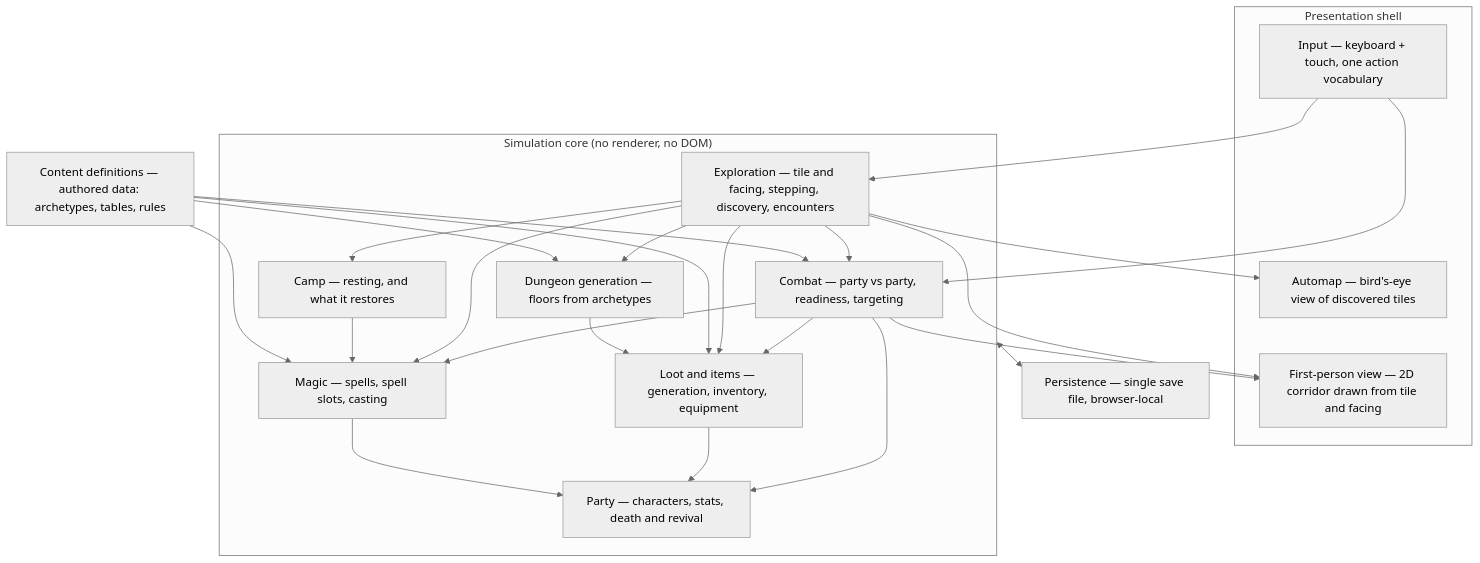
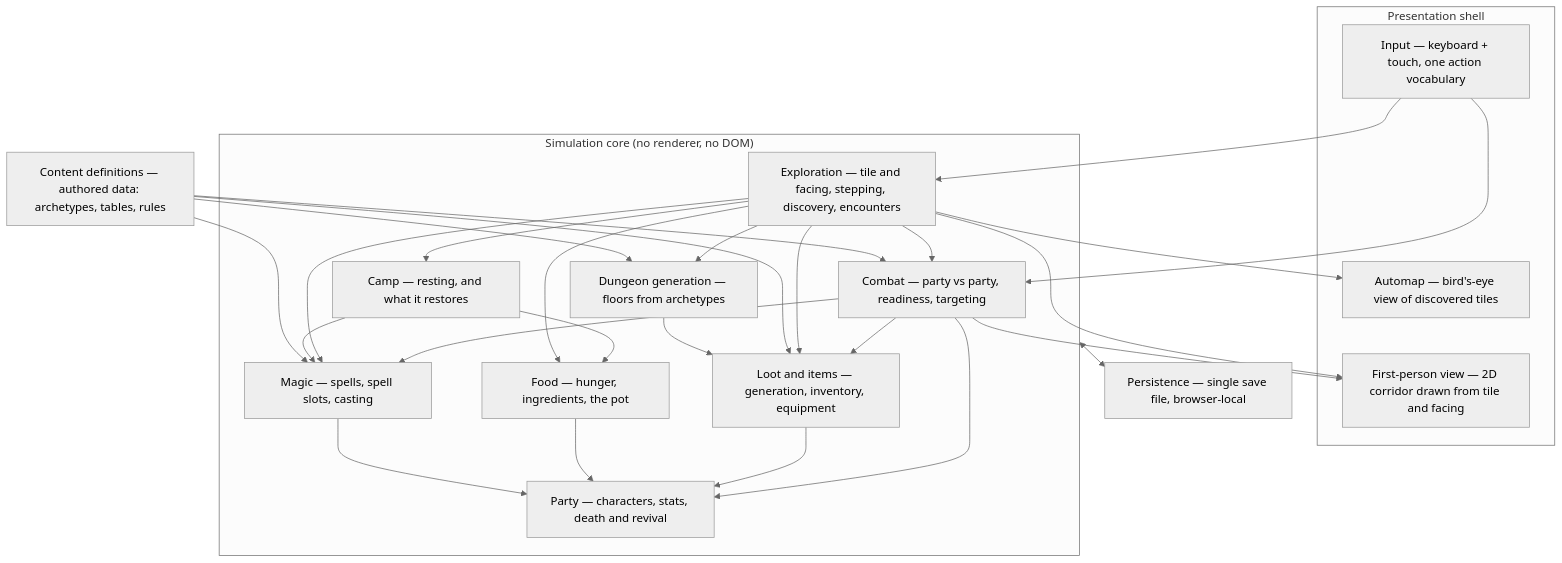
The diagram in docs/high-level-design.md (mjschleckser/deepcrawl), drawn with Mermaid (neutral theme) before and after one commit. The commit also changed other lines of this file and 17 other files, not shown here.

First line of the commit message:
Design food: hunger, ingredients, foraging and the pot

````diff
--- a/docs/high-level-design.md
+++ b/docs/high-level-design.md
@@ -153,44 +153,48 @@
 ```mermaid
 flowchart TB
     subgraph shell["Presentation shell"]
         view["First-person view — 2D corridor drawn from tile and facing"]
         automap["Automap — bird's-eye view of discovered tiles"]
         input["Input — keyboard + touch, one action vocabulary"]
     end
 
     subgraph sim["Simulation core (no renderer, no DOM)"]
         combat["Combat — party vs party, readiness, targeting"]
         party["Party — characters, stats, death and revival"]
         explore["Exploration — tile and facing, stepping, discovery, encounters"]
         dungeon["Dungeon generation — floors from archetypes"]
         loot["Loot and items — generation, inventory, equipment"]
         magic["Magic — spells, spell slots, casting"]
         camp["Camp — resting, and what it restores"]
+        food["Food — hunger, ingredients, the pot"]
     end
 
     content["Content definitions — authored data: archetypes, tables, rules"]
     save["Persistence — single save file, browser-local"]
 
     input --> explore
     input --> combat
     explore --> view
     explore --> automap
     combat --> view
     explore --> combat
     combat --> party
     explore --> dungeon
     combat --> loot
     explore --> loot
     content --> dungeon
     content --> combat
     content --> loot
     dungeon --> loot
     loot --> party
     combat --> magic
     explore --> magic
     explore --> camp
     camp --> magic
+    camp --> food
+    explore --> food
+    food --> party
     magic --> party
     content --> magic
     sim <--> save
 ```
````
